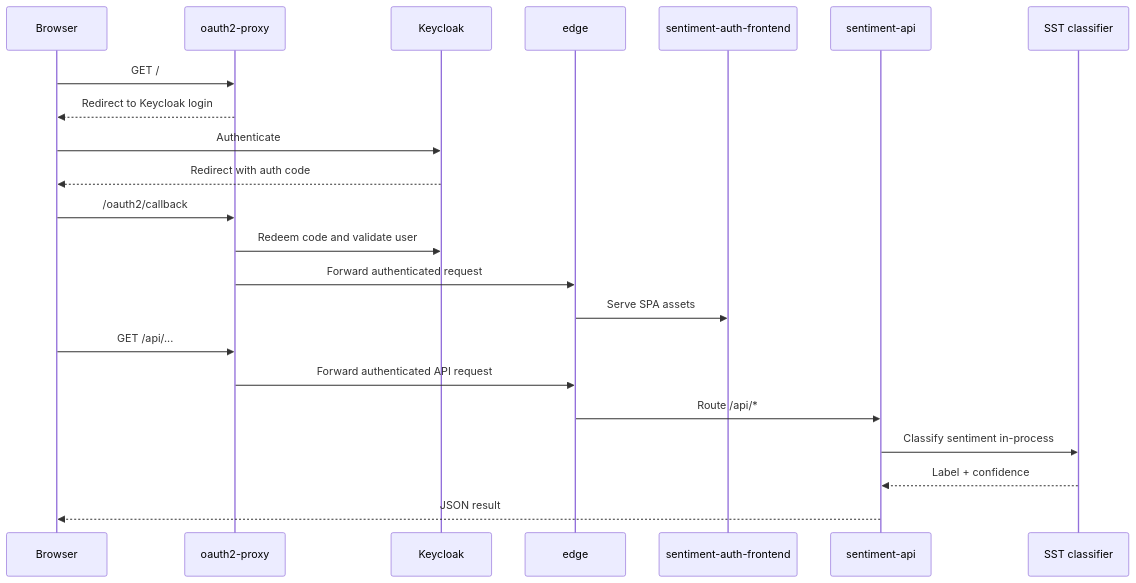
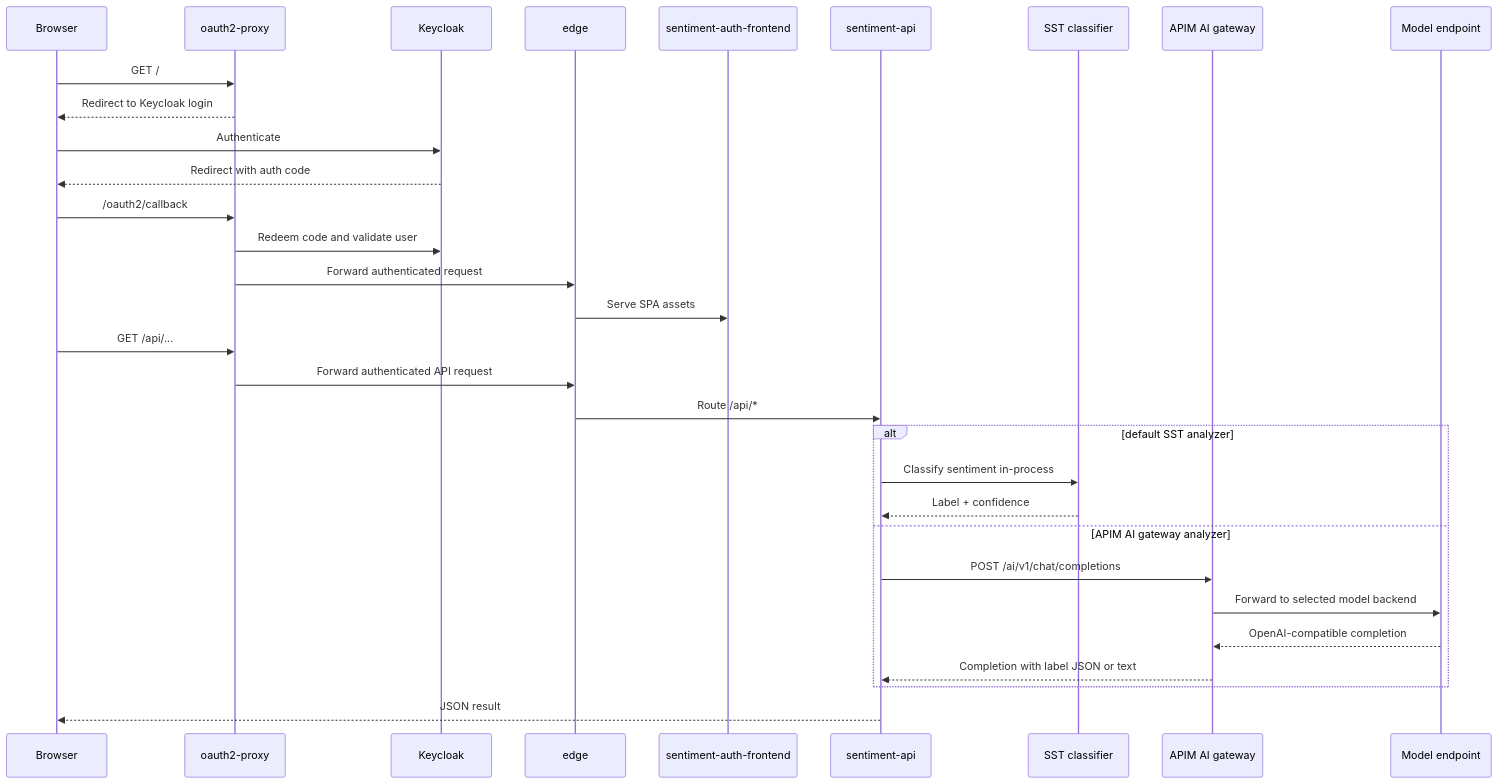
Before and after one commit to nickromney/platform: the third of 4 diagrams in apps/sentiment/docs/COMPOSE-ARCHITECTURE.md, drawn with Mermaid. The commit also changed other lines of this file and 40 other files, not shown here.

````diff
--- a/apps/sentiment/docs/COMPOSE-ARCHITECTURE.md
+++ b/apps/sentiment/docs/COMPOSE-ARCHITECTURE.md
@@ -67,26 +82,35 @@
 ```mermaid
 sequenceDiagram
     participant B as Browser
     participant O as oauth2-proxy
     participant K as Keycloak
     participant E as edge
     participant UI as sentiment-auth-frontend
     participant API as sentiment-api
     participant S as SST classifier
+    participant A as APIM AI gateway
+    participant M as Model endpoint
 
     B->>O: GET /
     O-->>B: Redirect to Keycloak login
     B->>K: Authenticate
     K-->>B: Redirect with auth code
     B->>O: /oauth2/callback
     O->>K: Redeem code and validate user
     O->>E: Forward authenticated request
     E->>UI: Serve SPA assets
 
     B->>O: GET /api/...
     O->>E: Forward authenticated API request
     E->>API: Route /api/*
-    API->>S: Classify sentiment in-process
-    S-->>API: Label + confidence
+    alt default SST analyzer
+        API->>S: Classify sentiment in-process
+        S-->>API: Label + confidence
+    else APIM AI gateway analyzer
+        API->>A: POST /ai/v1/chat/completions
+        A->>M: Forward to selected model backend
+        M-->>A: OpenAI-compatible completion
+        A-->>API: Completion with label JSON or text
+    end
     API-->>B: JSON result
 ```
````
